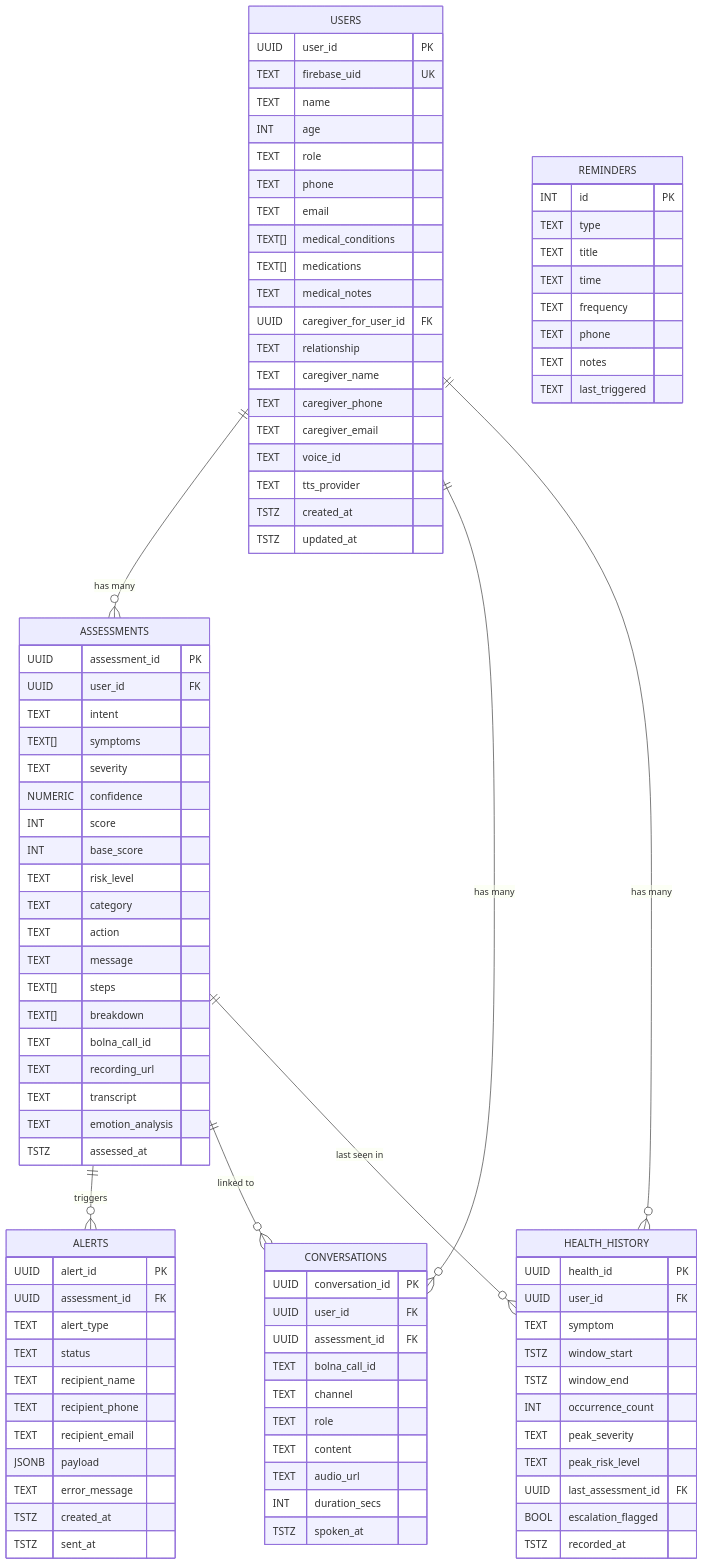
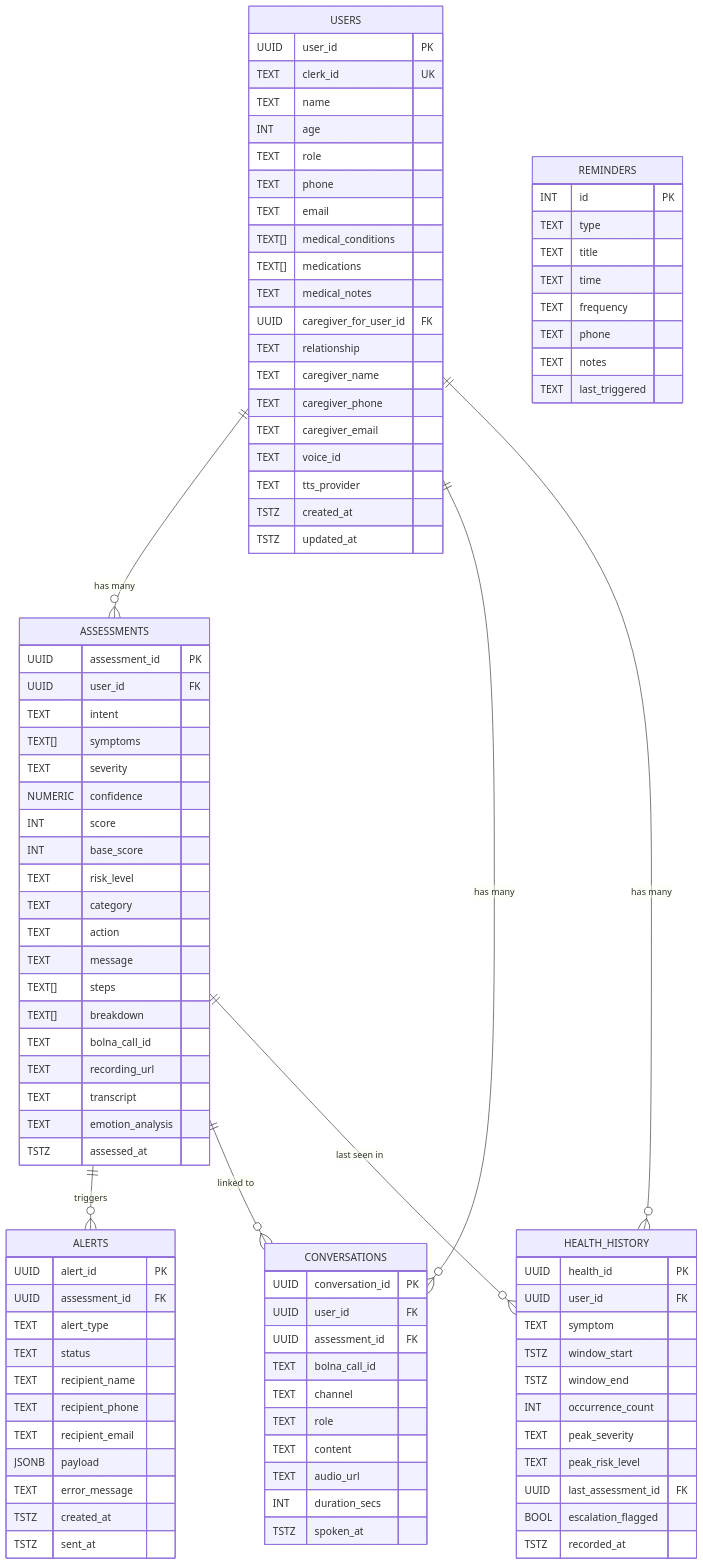
Before and after one commit to kedar-builds/wellring-voice_agent: the second of 2 diagrams in context/architecture.md, drawn with Mermaid. The commit also changed other lines of this file and 71 other files, not shown here.

```diff
--- a/context/architecture.md
+++ b/context/architecture.md
@@ -71,7 +71,7 @@
 erDiagram
     USERS {
         UUID    user_id         PK
-        TEXT    firebase_uid    UK
+        TEXT    clerk_id    UK
         TEXT    name
         INT     age
         TEXT    role
```
